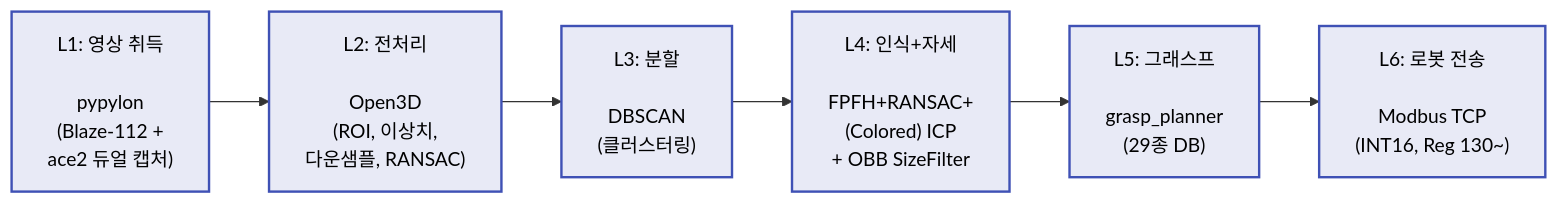
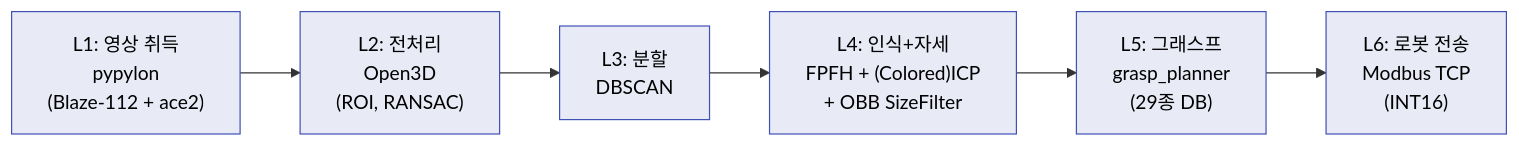
The second of 2 diagrams in README.md (m2222n/3D_printer_automation), drawn with Mermaid before and after one commit. The commit also changed other lines of this file, not shown here.

First line of the commit message:
docs(readme): 공개 레포용으로 보안 민감 정보 제거 + 다이어그램 수정

````diff
--- a/README.md
+++ b/README.md
@@ -187,14 +98,14 @@
 ```mermaid
 flowchart LR
-    L1["L1: 영상 취득<br/><br/>pypylon<br/>(Blaze-112 +<br/>ace2 듀얼 캡처)"]
-    L2["L2: 전처리<br/><br/>Open3D<br/>(ROI, 이상치,<br/>다운샘플, RANSAC)"]
-    L3["L3: 분할<br/><br/>DBSCAN<br/>(클러스터링)"]
-    L4["L4: 인식+자세<br/><br/>FPFH+RANSAC+<br/>(Colored) ICP<br/>+ OBB SizeFilter"]
-    L5["L5: 그래스프<br/><br/>grasp_planner<br/>(29종 DB)"]
-    L6["L6: 로봇 전송<br/><br/>Modbus TCP<br/>(INT16, Reg 130~)"]
+    L1["L1: 영상 취득<br/>pypylon<br/>(Blaze-112 + ace2)"]
+    L2["L2: 전처리<br/>Open3D<br/>(ROI, RANSAC)"]
+    L3["L3: 분할<br/>DBSCAN"]
+    L4["L4: 인식+자세<br/>FPFH + (Colored)ICP<br/>+ OBB SizeFilter"]
+    L5["L5: 그래스프<br/>grasp_planner<br/>(29종 DB)"]
+    L6["L6: 로봇 전송<br/>Modbus TCP<br/>(INT16)"]
 
     L1 --> L2 --> L3 --> L4 --> L5 --> L6
 
-    classDef stage fill:#e8eaf6,stroke:#3f51b5,stroke-width:2px,color:#000
+    classDef stage fill:#e8eaf6,stroke:#3f51b5,color:#000
     class L1,L2,L3,L4,L5,L6 stage
 ```
````
